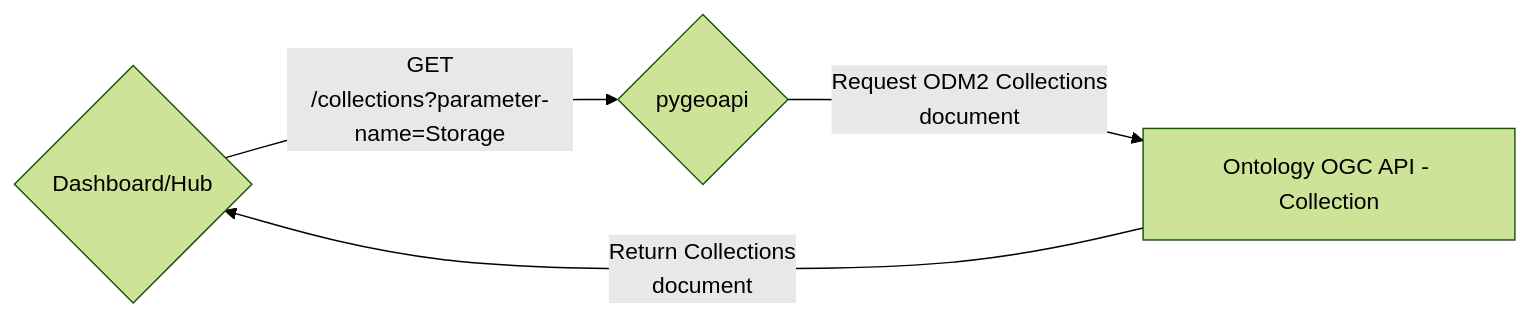
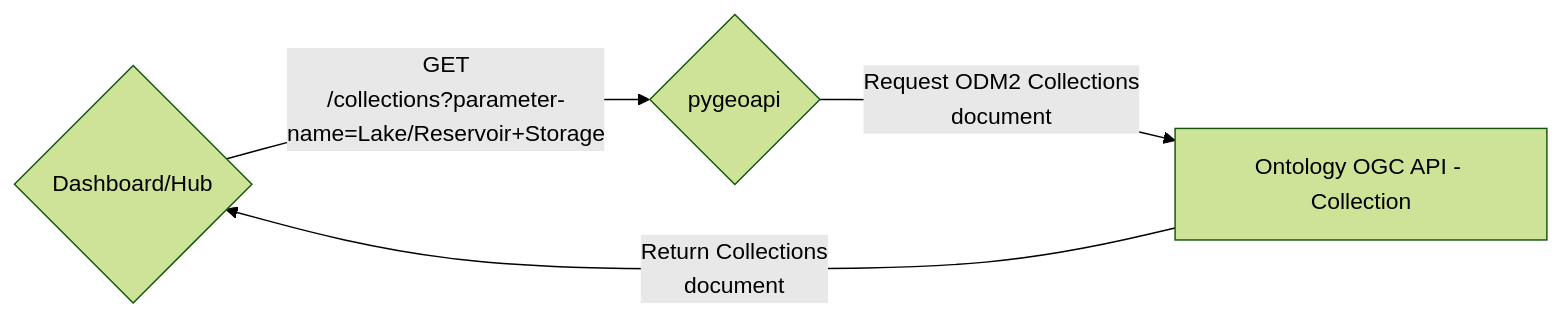
Before and after one commit to internetofwater/Western-Water-Datahub: the first of 4 diagrams in docs/ontology.md, drawn with Mermaid (forest theme). The commit also changed other lines of this file and 7 other files, not shown here.

````diff
--- a/docs/ontology.md
+++ b/docs/ontology.md
@@ -18,8 +18,8 @@
 ```mermaid
 flowchart LR
     I{Dashboard/Hub}
     P{pygeoapi}
     A[Ontology OGC API - Collection]
 
-    I -- GET<br>/collections?parameter-name=Storage --> P -- Request ODM2 Collections<br>document --> A -- Return Collections<br>document --> I
+    I -- GET<br>/collections?parameter-name=Lake/Reservoir+Storage --> P -- Request ODM2 Collections<br>document --> A -- Return Collections<br>document --> I
 ```
````
